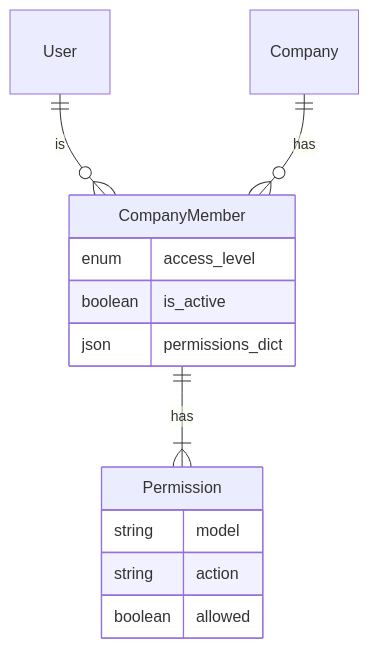
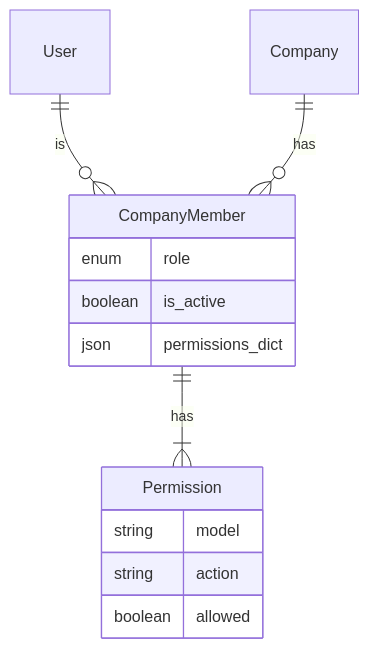
The first of 2 diagrams in server/django/docs/rbac.md (awecode/awecount), drawn with Mermaid before and after one commit. The commit also changed 5 other files, not shown here.

Commit message:
refactor: rename access_level to role in CompanyMember model and related files

````diff
--- a/server/django/docs/rbac.md
+++ b/server/django/docs/rbac.md
@@ -77,18 +77,18 @@
 ```mermaid
 erDiagram
     User ||--o{ CompanyMember : "is"
     Company ||--o{ CompanyMember : "has"
     CompanyMember ||--|{ Permission : "has"
 
     CompanyMember {
-        enum access_level
+        enum role
         boolean is_active
         json permissions_dict
     }
 
     Permission {
         string model
         string action
         boolean allowed
     }
 ```
````
